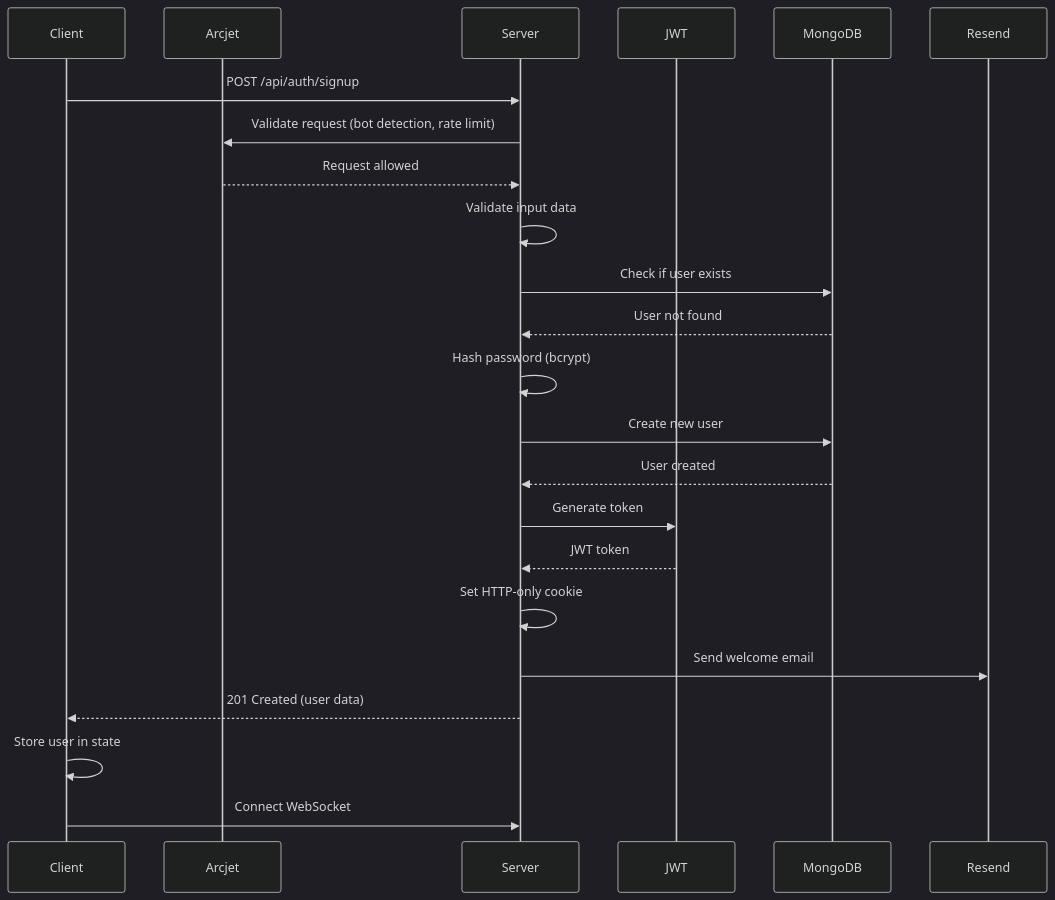
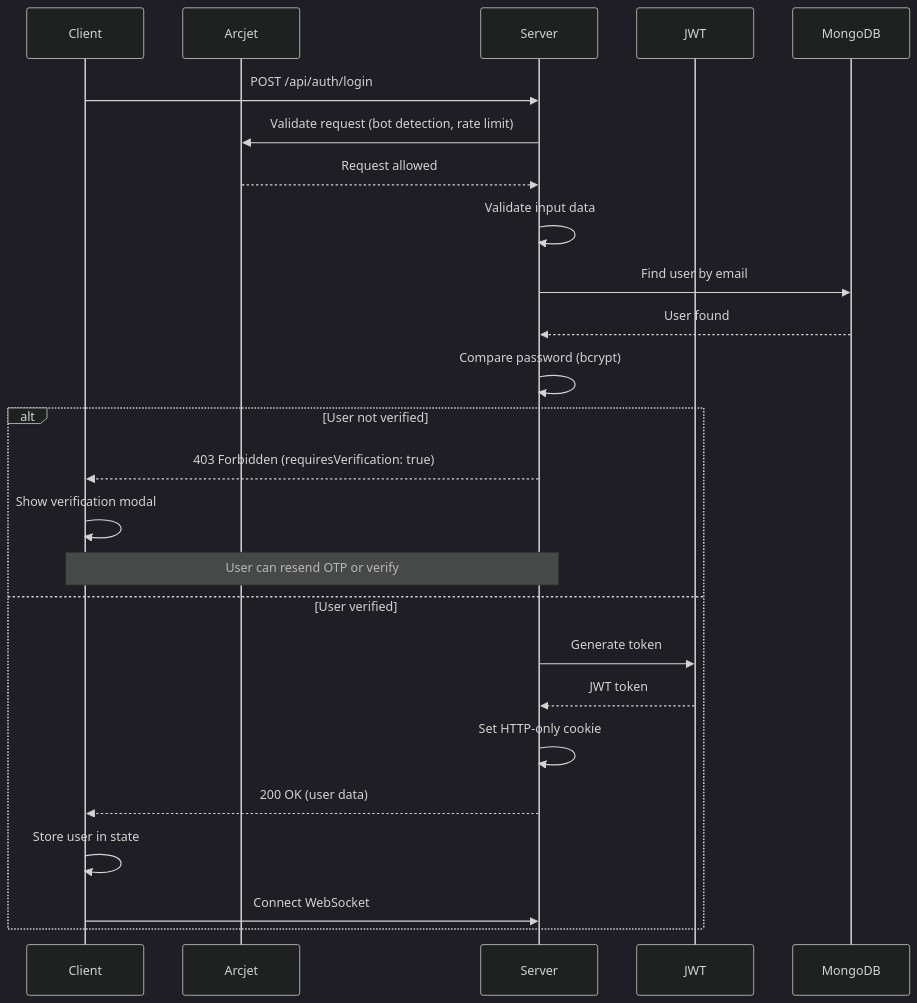
One commit to rudra1806/relay changed the second of 5 diagrams in README.md. Above: the diagram before and after it, drawn with Mermaid (dark theme). The commit also changed other lines of this file and 16 other files, not shown here.

First line of the commit message:
feat: Add OTP email verification with security fixes

````diff
--- a/README.md
+++ b/README.md
@@ -148,26 +206,29 @@
 ```mermaid
 sequenceDiagram
     participant Client
     participant Arcjet
     participant Server
     participant JWT
     participant MongoDB
-    participant Resend
 
-    Client->>Server: POST /api/auth/signup
+    Client->>Server: POST /api/auth/login
     Server->>Arcjet: Validate request (bot detection, rate limit)
     Arcjet-->>Server: Request allowed
     Server->>Server: Validate input data
-    Server->>MongoDB: Check if user exists
-    MongoDB-->>Server: User not found
-    Server->>Server: Hash password (bcrypt)
-    Server->>MongoDB: Create new user
-    MongoDB-->>Server: User created
-    Server->>JWT: Generate token
-    JWT-->>Server: JWT token
-    Server->>Server: Set HTTP-only cookie
-    Server->>Resend: Send welcome email
-    Server-->>Client: 201 Created (user data)
-    Client->>Client: Store user in state
-    Client->>Server: Connect WebSocket
+    Server->>MongoDB: Find user by email
+    MongoDB-->>Server: User found
+    Server->>Server: Compare password (bcrypt)
+    
+    alt User not verified
+        Server-->>Client: 403 Forbidden (requiresVerification: true)
+        Client->>Client: Show verification modal
+        Note over Client,Server: User can resend OTP or verify
+    else User verified
+        Server->>JWT: Generate token
+        JWT-->>Server: JWT token
+        Server->>Server: Set HTTP-only cookie
+        Server-->>Client: 200 OK (user data)
+        Client->>Client: Store user in state
+        Client->>Server: Connect WebSocket
+    end
 ```
````
